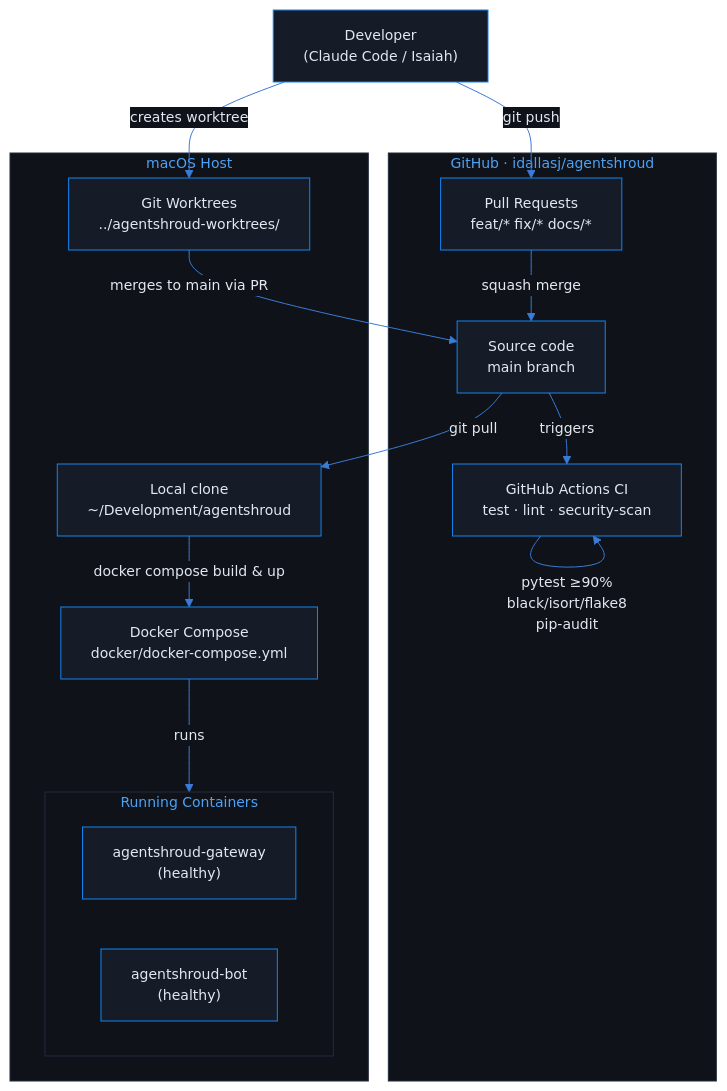
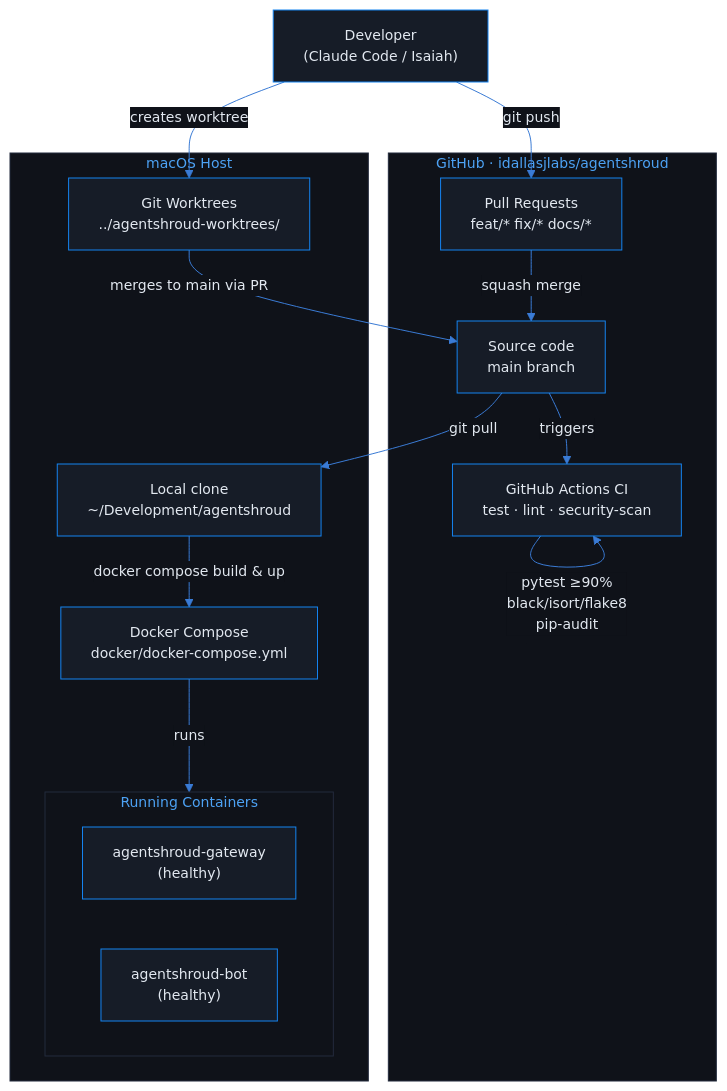
The third of 3 diagrams in docs/diagrams/02-infrastructure.md (idallasjlabs/agentshroud), drawn with Mermaid before and after one commit. The commit also changed 34 other files, not shown here.

First line of the commit message:
chore: migrate canonical repo URL to idallasjlabs/agentshroud

````diff
--- a/docs/diagrams/02-infrastructure.md
+++ b/docs/diagrams/02-infrastructure.md
@@ -106,32 +106,32 @@
 ```mermaid
 %%{init: {'theme': 'base', 'themeVariables': {'primaryColor': '#161c27', 'primaryTextColor': '#e2e8f0', 'primaryBorderColor': '#1583f0', 'lineColor': '#3a7bd5', 'secondaryColor': '#0f1219', 'tertiaryColor': '#08090b', 'background': '#08090b', 'mainBkg': '#161c27', 'nodeBorder': '#1583f0', 'clusterBkg': '#0f1219', 'clusterBorder': '#232b3d', 'titleColor': '#4da2f4', 'edgeLabelBackground': '#0f1219', 'fontFamily': 'Inter, system-ui, sans-serif', 'fontSize': '14px'}}}%%
 graph TB
-    subgraph GitHub["GitHub  ·  idallasj/agentshroud"]
+    subgraph GitHub["GitHub  ·  idallasjlabs/agentshroud"]
         REPO["Source code\nmain branch"]
         CI["GitHub Actions CI\ntest · lint · security-scan"]
         PR["Pull Requests\nfeat/* fix/* docs/*"]
     end
 
     subgraph MacOS["macOS Host"]
         CLONE["Local clone\n~/Development/agentshroud"]
         WORKTREES["Git Worktrees\n../agentshroud-worktrees/<branch>"]
         DC["Docker Compose\ndocker/docker-compose.yml"]
 
         subgraph Running["Running Containers"]
             GW_C["agentshroud-gateway\n(healthy)"]
             BOT_C["agentshroud-bot\n(healthy)"]
         end
     end
 
     DEV["Developer\n(Claude Code / Isaiah)"] -->|"git push"| PR
     PR -->|"squash merge"| REPO
     REPO -->|"triggers"| CI
     CI -->|"pytest ≥90%\nblack/isort/flake8\npip-audit"| CI
 
     REPO -->|"git pull"| CLONE
     CLONE -->|"docker compose build & up"| DC
     DC -->|"runs"| Running
 
     DEV -->|"creates worktree"| WORKTREES
     WORKTREES -->|"merges to main via PR"| REPO
 ```
````
